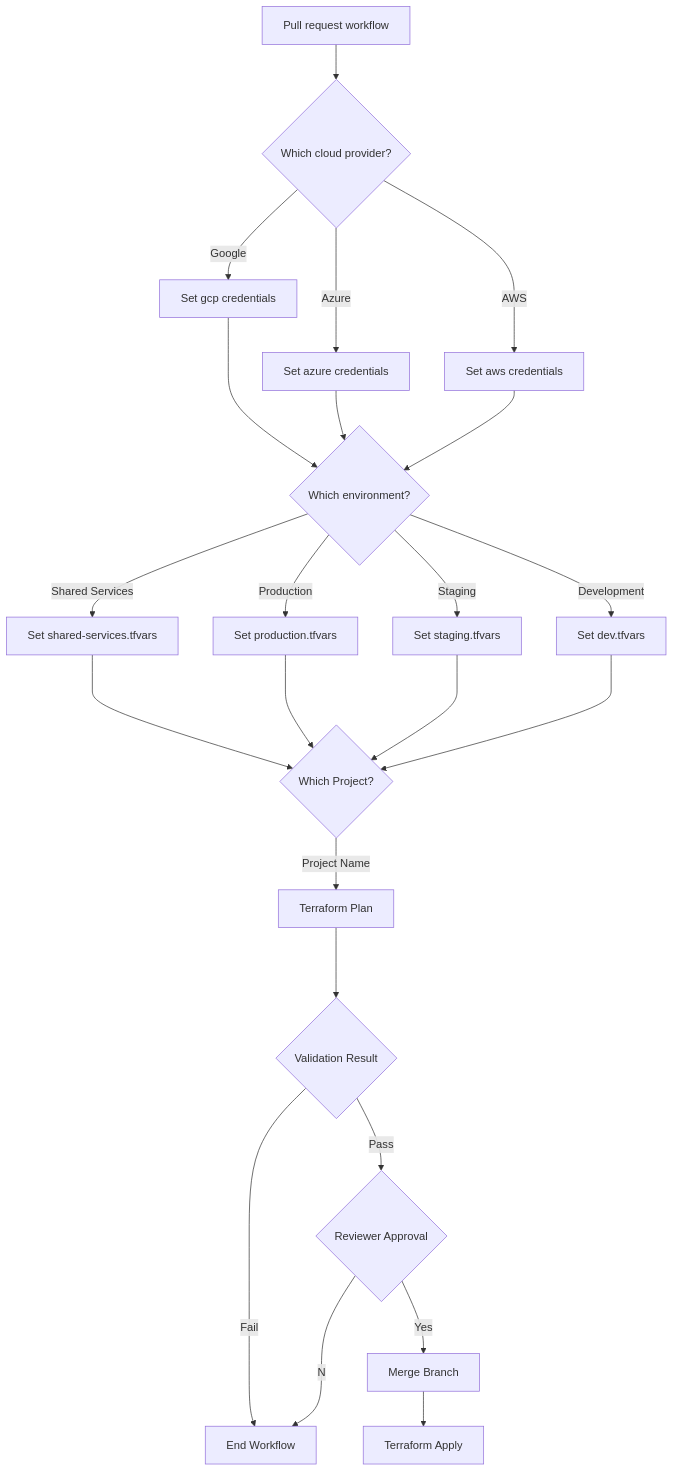
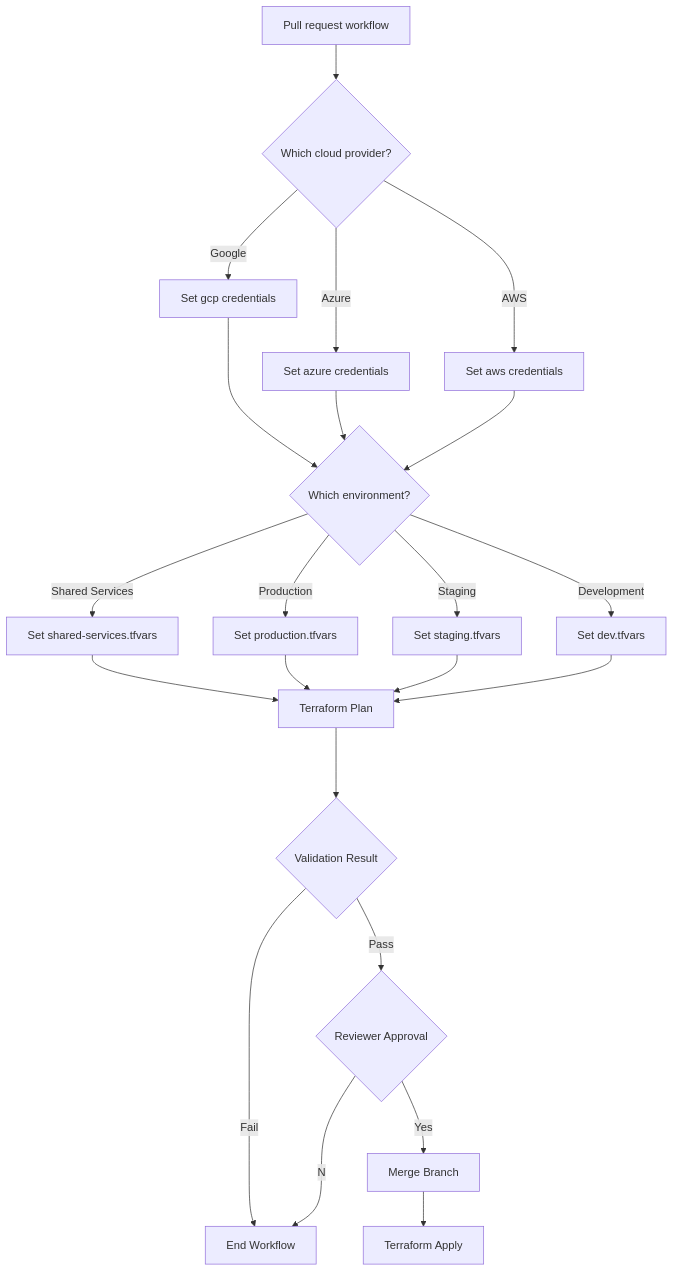
The diagram in README.md (jaylabs/github-actions-with-terraform), drawn with Mermaid before and after one commit. The commit also changed other lines of this file, not shown here.

````diff
--- a/README.md
+++ b/README.md
@@ -20,36 +31,33 @@
 ```mermaid
   graph TD;;
       A[Pull request workflow]-->B{Which cloud provider?};
 
      
       B--Google-->C1["Set gcp credentials"];
       B--Azure-->C2["Set azure credentials"];
       B--AWS-->C3["Set aws credentials"];
             
       C1--->W{Which environment?};
       C2-->W{Which environment?};
       C3-->W{Which environment?};
             
       W--Shared Services-->E1["Set shared-services.tfvars"];
       W--Production-->E2["Set production.tfvars"];
       W--Staging-->E3["Set staging.tfvars"];
       W--Development-->E4["Set dev.tfvars"];
       
-      E1--->P{Which Project?};
-      E2--->P{Which Project?};
-      E3--->P{Which Project?};      
-      E4--->P{Which Project?};
-
-      
-      P--Project Name-->T["Terraform Plan"];
-      
-      T--->V{"Validation Result"};
+      E1-->P[Terraform Plan];
+      E2-->P[Terraform Plan];
+      E3-->P[Terraform Plan];
+      E4-->P[Terraform Plan];
+         
+      P--->V{"Validation Result"};
             
       V--Fail-->K["End Workflow"];
       V--Pass-->F{"Reviewer Approval"};
       F--Yes-->I["Merge Branch"];
       I-->H["Terraform Apply"];
       F--No-->K["End Workflow"];
   
 
 ```
````
